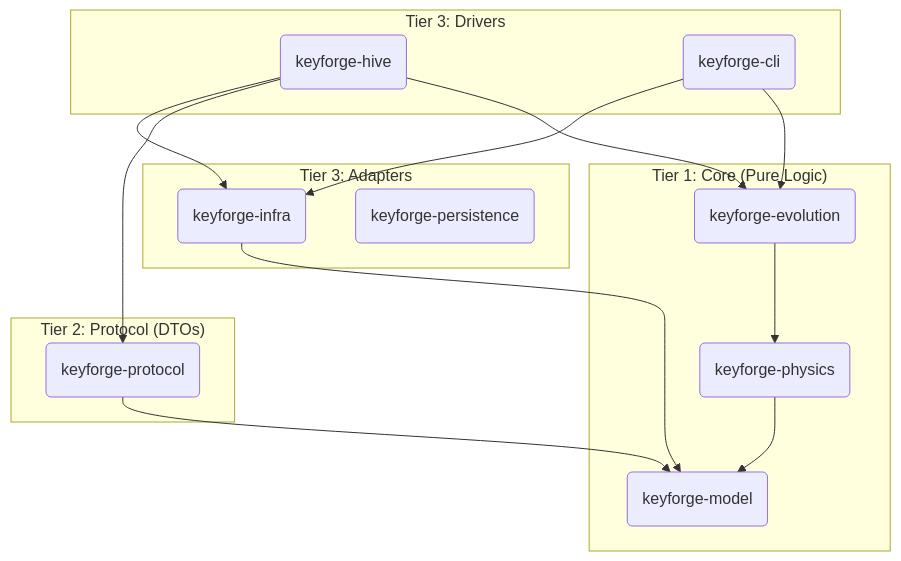
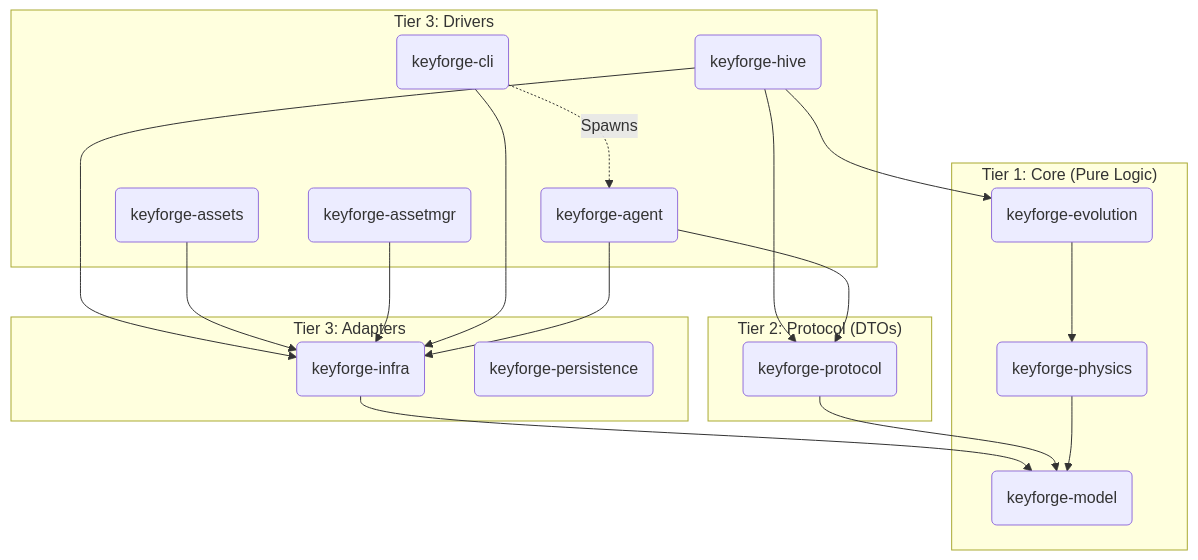
The diagram in docs/architecture/03_SYSTEM_CONTEXT.md (infodungeon/keyforge), drawn with Mermaid before and after one commit. The commit also changed other lines of this file and 49 other files, not shown here.

````diff
--- a/docs/architecture/03_SYSTEM_CONTEXT.md
+++ b/docs/architecture/03_SYSTEM_CONTEXT.md
@@ -51,36 +54,44 @@
 ```mermaid
 graph TD
     subgraph "Tier 3: Drivers"
         Hive("keyforge-hive")
+        Assets("keyforge-assets")
+        AssetMgr("keyforge-assetmgr")
         CLI("keyforge-cli")
+        Agent("keyforge-agent")
     end
 
     subgraph "Tier 3: Adapters"
         Infra("keyforge-infra")
         Repo("keyforge-persistence")
     end
 
     subgraph "Tier 2: Protocol (DTOs)"
         Proto("keyforge-protocol")
     end
 
     subgraph "Tier 1: Core (Pure Logic)"
         Evo("keyforge-evolution")
         Phys("keyforge-physics")
         Model("keyforge-model")
     end
 
     %% Wiring
     Hive --> Infra
     Hive --> Proto
     Hive --> Evo
     
+    Assets --> Infra
+    AssetMgr --> Infra
+    
     CLI --> Infra
-    CLI --> Evo
+    CLI -.->|Spawns| Agent
 
     Infra --> Model
     Proto --> Model
     
     Evo --> Phys
     Phys --> Model
+    Agent --> Infra
+    Agent --> Proto
 ```
````
